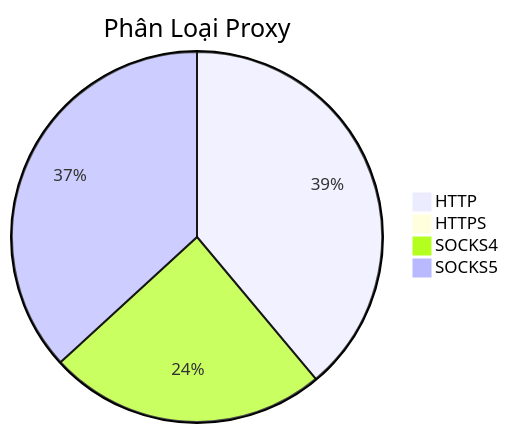
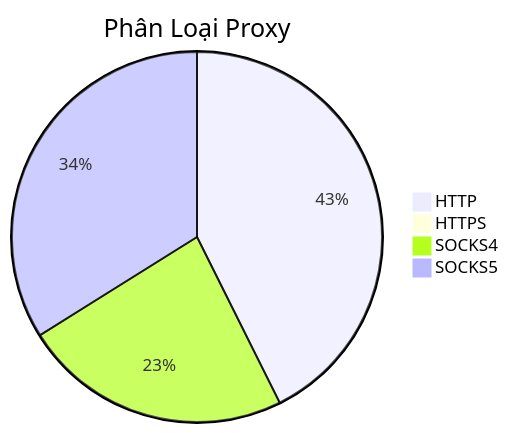
Before and after one commit to Ciara-12/PROXY-free: the diagram in README.md, drawn with Mermaid. The commit also changed other lines of this file and 4 other files, not shown here.

````diff
--- a/README.md
+++ b/README.md
@@ -26,7 +26,7 @@
 ```mermaid
 pie title Phân Loại Proxy
-    "HTTP" : 335
-    "HTTPS" : 1
-    "SOCKS4" : 209
-    "SOCKS5" : 317
+    "HTTP" : 356
+    "HTTPS" : 0
+    "SOCKS4" : 196
+    "SOCKS5" : 283
 ```
````
